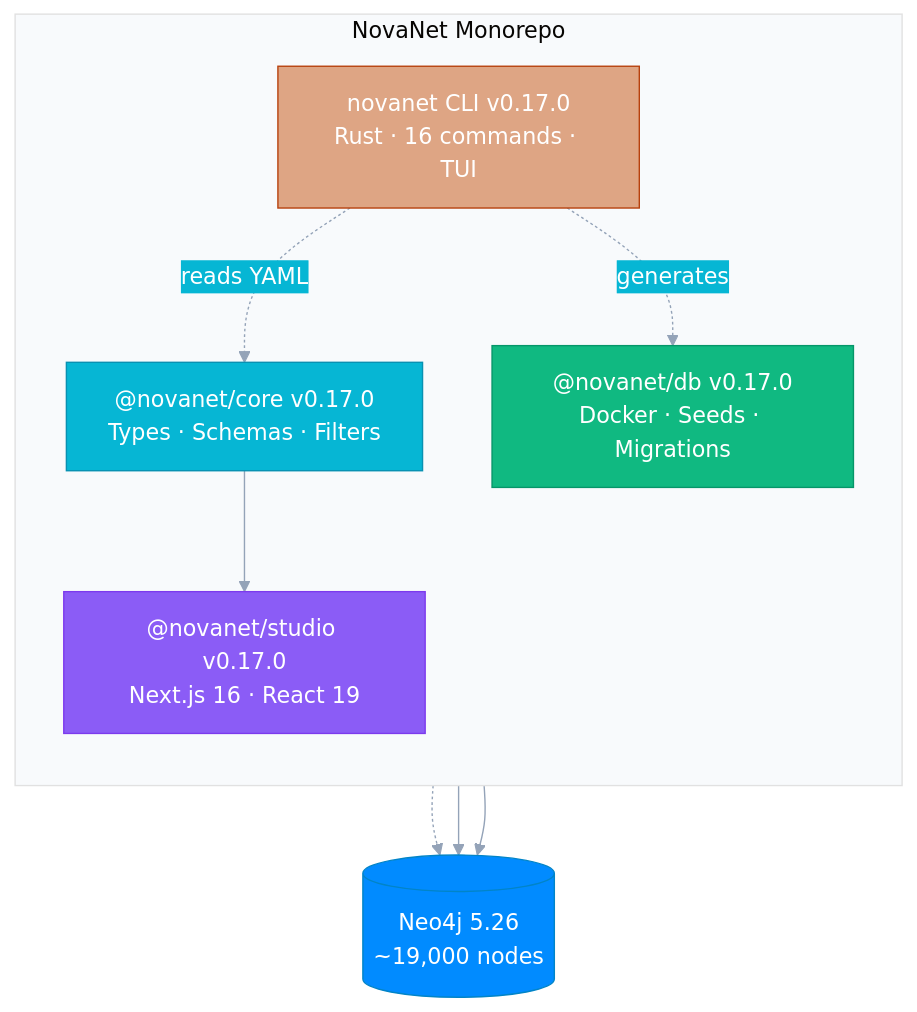
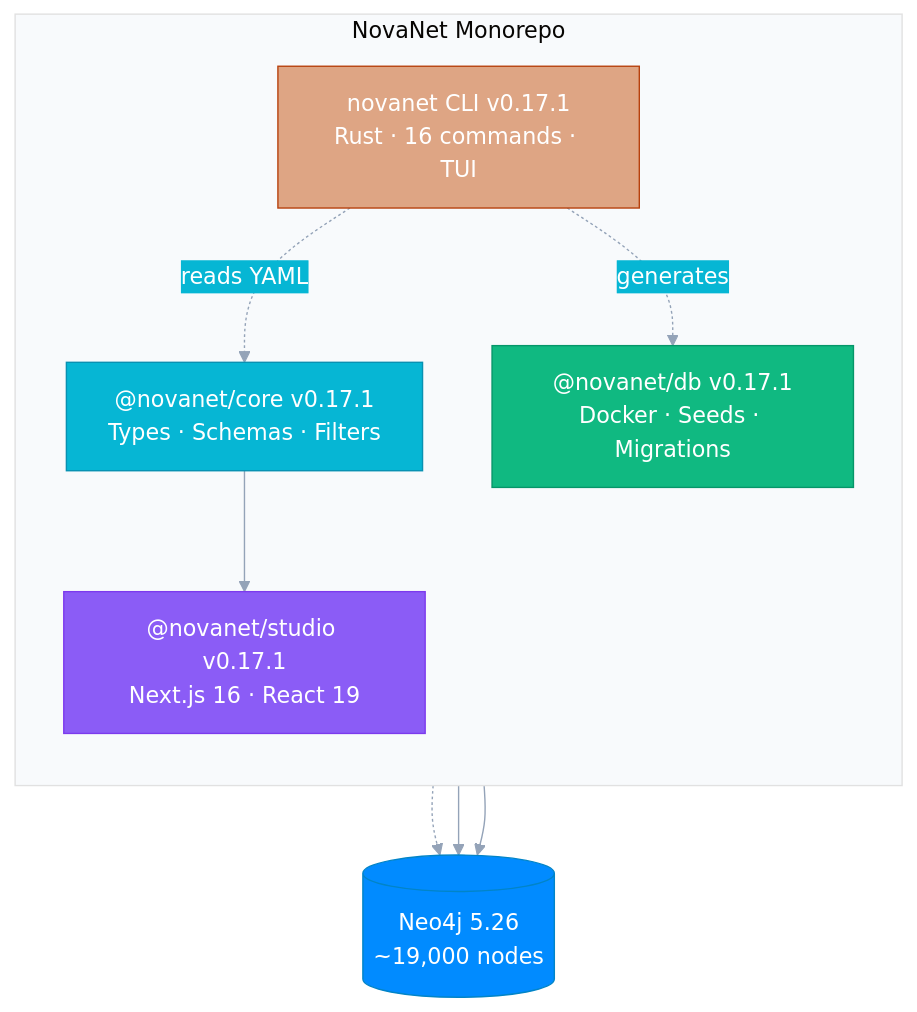
Before and after one commit to supernovae-st/novanet: the diagram in README.md, drawn with Mermaid. The commit also changed other lines of this file and 9 other files, not shown here.

First line of the commit message:
feat(schema): key normalization v0.17.1 complete

````diff
--- a/README.md
+++ b/README.md
@@ -46,33 +46,33 @@
 ```mermaid
 %%{init: {'theme': 'base', 'themeVariables': {
   'primaryColor': '#6366f1',
   'primaryTextColor': '#fff',
   'primaryBorderColor': '#4f46e5',
   'lineColor': '#94a3b8',
   'secondaryColor': '#06b6d4',
   'tertiaryColor': '#f8fafc'
 }}}%%
 flowchart TB
     subgraph MONO["NovaNet Monorepo"]
         direction TB
-        CORE["@novanet/core v0.17.0\nTypes · Schemas · Filters"]
-        DB["@novanet/db v0.17.0\nDocker · Seeds · Migrations"]
-        STUDIO["@novanet/studio v0.17.0\nNext.js 16 · React 19"]
-        RUST["novanet CLI v0.17.0\nRust · 16 commands · TUI"]
+        CORE["@novanet/core v0.17.1\nTypes · Schemas · Filters"]
+        DB["@novanet/db v0.17.1\nDocker · Seeds · Migrations"]
+        STUDIO["@novanet/studio v0.17.1\nNext.js 16 · React 19"]
+        RUST["novanet CLI v0.17.1\nRust · 16 commands · TUI"]
     end
 
     CORE --> STUDIO
     RUST -.->|reads YAML| CORE
     RUST -.->|generates| DB
 
     NEO4J[("Neo4j 5.26\n~19,000 nodes")]
     DB -.-> NEO4J
     STUDIO --> NEO4J
     RUST --> NEO4J
 
     style CORE fill:#06b6d4,stroke:#0891b2,color:#fff
     style DB fill:#10b981,stroke:#059669,color:#fff
     style STUDIO fill:#8b5cf6,stroke:#7c3aed,color:#fff
     style RUST fill:#DEA584,stroke:#B7410E,color:#fff
     style NEO4J fill:#018bff,stroke:#0284c7,color:#fff
 ```
````
